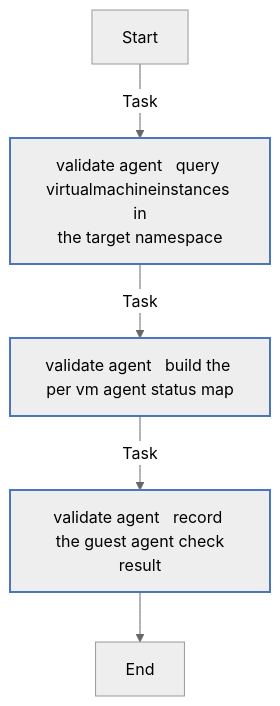
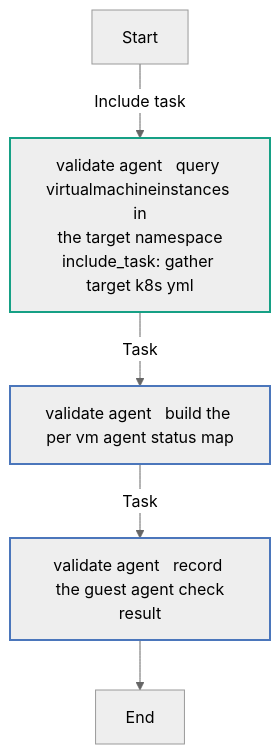
Before and after one commit to redhat-cop/openshift_virtualization_migration: the eighth of 13 diagrams in roles/validate_migration/README.md, drawn with Mermaid (neutral theme). The commit also changed other lines of this file and 10 other files, not shown here.

````diff
--- a/roles/validate_migration/README.md
+++ b/roles/validate_migration/README.md
@@ -450,17 +498,17 @@
 ```mermaid
 flowchart TD
 Start
 classDef block stroke:#3498db,stroke-width:2px;
 classDef task stroke:#4b76bb,stroke-width:2px;
 classDef includeTasks stroke:#16a085,stroke-width:2px;
 classDef importTasks stroke:#34495e,stroke-width:2px;
 classDef includeRole stroke:#2980b9,stroke-width:2px;
 classDef importRole stroke:#699ba7,stroke-width:2px;
 classDef includeVars stroke:#8e44ad,stroke-width:2px;
 classDef rescue stroke:#665352,stroke-width:2px;
 
-  Start-->|Task| validate_agent___Query_VirtualMachineInstances_in_the_target_namespace0[validate agent   query virtualmachineinstances in<br>the target namespace]:::task
-  validate_agent___Query_VirtualMachineInstances_in_the_target_namespace0-->|Task| validate_agent___Build_the_per_VM_agent_status_map1[validate agent   build the per vm agent status map]:::task
+  Start-->|Include task| validate_agent___Query_VirtualMachineInstances_in_the_target_namespace_gather_target_k8s_yml_0[validate agent   query virtualmachineinstances in<br>the target namespace<br>include_task: gather target k8s yml]:::includeTasks
+  validate_agent___Query_VirtualMachineInstances_in_the_target_namespace_gather_target_k8s_yml_0-->|Task| validate_agent___Build_the_per_VM_agent_status_map1[validate agent   build the per vm agent status map]:::task
   validate_agent___Build_the_per_VM_agent_status_map1-->|Task| validate_agent___Record_the_guest_agent_check_result2[validate agent   record the guest agent check<br>result]:::task
   validate_agent___Record_the_guest_agent_check_result2-->End
 ```
````
